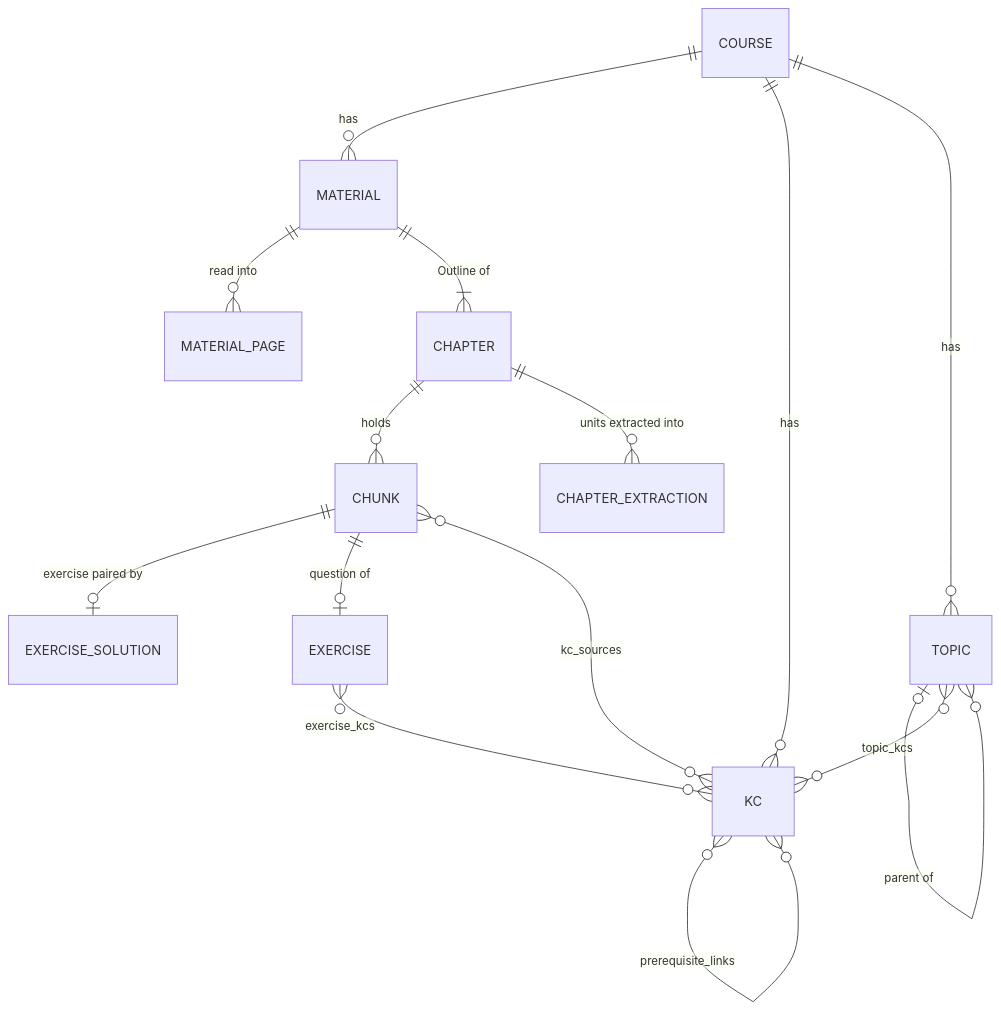
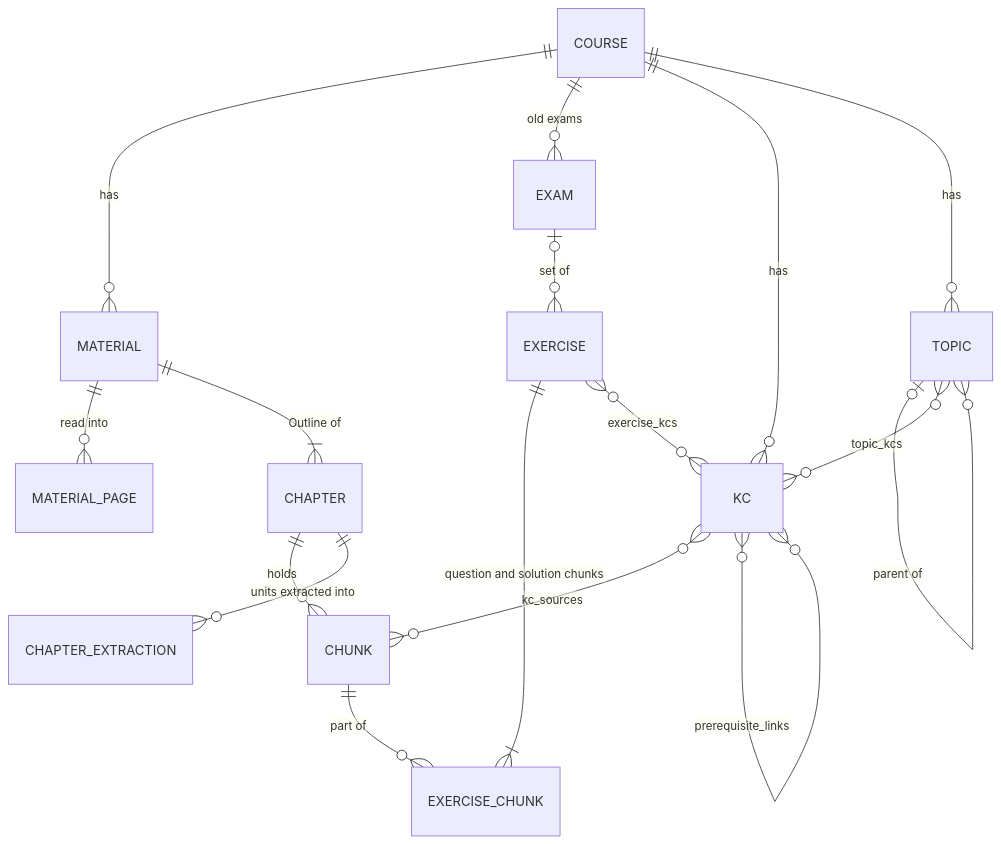
Before and after one commit to florianportscher/project-mastery: the second of 2 diagrams in docs/features/knowledge-map.md, drawn with Mermaid. The commit also changed other lines of this file and 136 other files, not shown here.

````diff
--- a/docs/features/knowledge-map.md
+++ b/docs/features/knowledge-map.md
@@ -64,17 +65,19 @@
 ```mermaid
 erDiagram
   COURSE ||--o{ MATERIAL : has
   MATERIAL ||--o{ MATERIAL_PAGE : "read into"
   MATERIAL ||--|{ CHAPTER : "Outline of"
   CHAPTER ||--o{ CHUNK : holds
-  CHUNK ||--o| EXERCISE_SOLUTION : "exercise paired by"
+  EXERCISE ||--|{ EXERCISE_CHUNK : "question and solution chunks"
+  CHUNK ||--o{ EXERCISE_CHUNK : "part of"
+  COURSE ||--o{ EXAM : "old exams"
+  EXAM |o--o{ EXERCISE : "set of"
   CHAPTER ||--o{ CHAPTER_EXTRACTION : "units extracted into"
   COURSE ||--o{ KC : has
   KC }o--o{ CHUNK : "kc_sources"
   KC }o--o{ KC : "prerequisite_links"
   EXERCISE }o--o{ KC : "exercise_kcs"
-  CHUNK ||--o| EXERCISE : "question of"
   COURSE ||--o{ TOPIC : has
   TOPIC |o--o{ TOPIC : "parent of"
   TOPIC }o--o{ KC : "topic_kcs"
 ```
````
